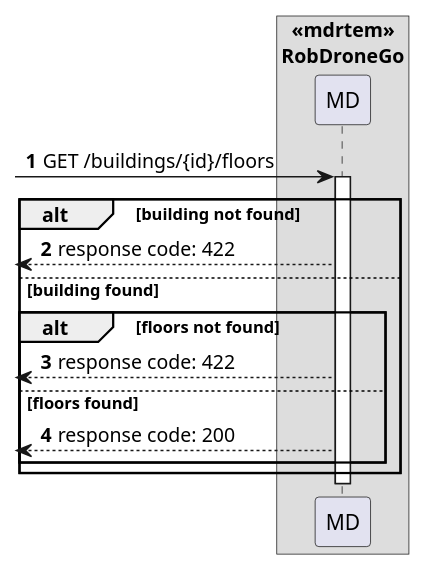
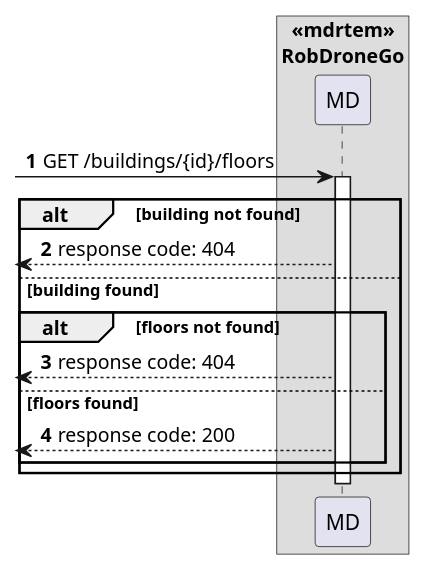
The diagram in docs/us210/level2/process-view.puml (Departamento-de-Engenharia-Informatica/lapr5-23-24-g19), drawn with PlantUML before and after one commit. The commit also changed 1 other file, not shown here.

Commit message:
docs(us210): fixed error code on level2 process view

```diff
--- a/docs/us210/level2/process-view.puml
+++ b/docs/us210/level2/process-view.puml
@@ -1,21 +1,21 @@
 @startuml
 autonumber
 
 box "  <<mdrtem>>\nRobDroneGo"
 participant "MD" as mdr
 
 [-> mdr: GET /buildings/{id}/floors
 
 activate mdr
 alt building not found
-    [<--mdr : response code: 422
+    [<--mdr : response code: 404
 else building found
     alt floors not found
-        [<--mdr : response code: 422
+        [<--mdr : response code: 404
     else floors found
         [<--mdr : response code: 200
     end
 end
 deactivate mdr
 
 @enduml
```
